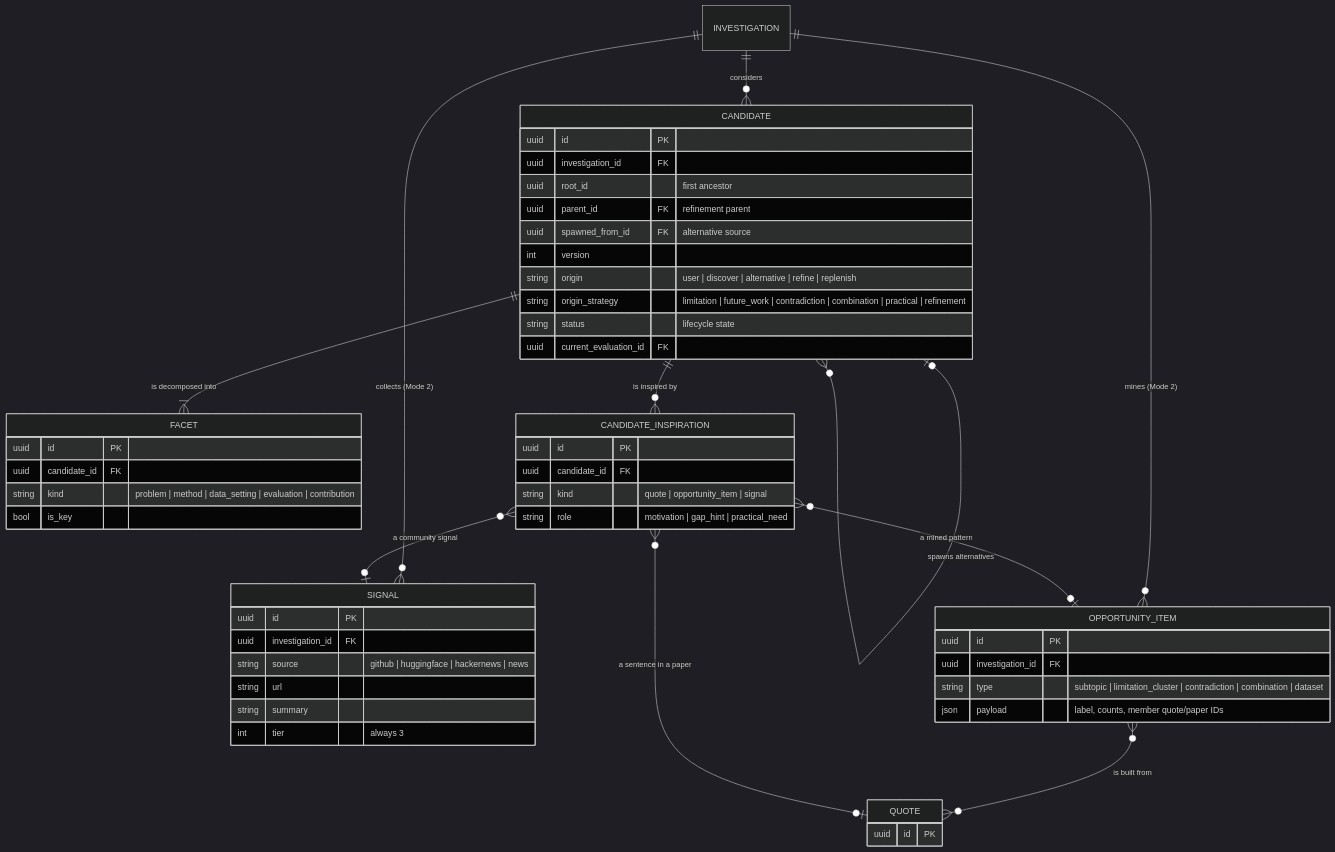
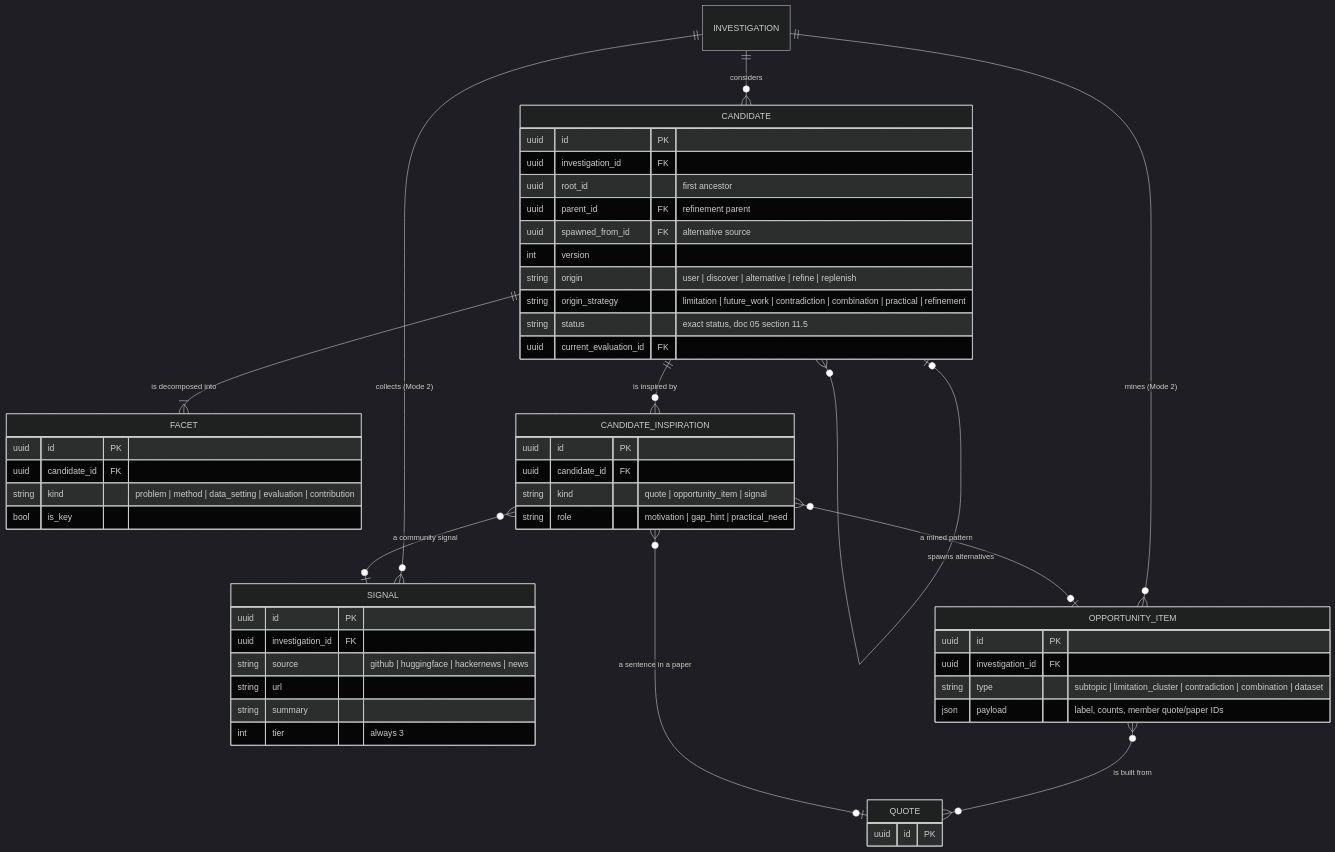
The fifth of 7 diagrams in docs/er-model.md (PhkhakadzeJumber/research-ai-agent), drawn with Mermaid (dark theme) before and after one commit. The commit also changed other lines of this file and 2 other files, not shown here.

Commit message:
Add formal state graph for the orchestrator, evaluations and candidates

````diff
--- a/docs/er-model.md
+++ b/docs/er-model.md
@@ -347,56 +347,56 @@
 ```mermaid
 erDiagram
   INVESTIGATION ||--o{ SIGNAL : "collects (Mode 2)"
   INVESTIGATION ||--o{ OPPORTUNITY_ITEM : "mines (Mode 2)"
   OPPORTUNITY_ITEM }o--o{ QUOTE : "is built from"
   INVESTIGATION ||--o{ CANDIDATE : "considers"
   CANDIDATE |o--o{ CANDIDATE : "is refined into"
   CANDIDATE |o--o{ CANDIDATE : "spawns alternatives"
   CANDIDATE ||--|{ FACET : "is decomposed into"
   CANDIDATE ||--o{ CANDIDATE_INSPIRATION : "is inspired by"
   CANDIDATE_INSPIRATION }o--o| QUOTE : "a sentence in a paper"
   CANDIDATE_INSPIRATION }o--o| OPPORTUNITY_ITEM : "a mined pattern"
   CANDIDATE_INSPIRATION }o--o| SIGNAL : "a community signal"
 
   SIGNAL {
     uuid id PK
     uuid investigation_id FK
     string source "github | huggingface | hackernews | news"
     string url
     string summary
     int tier "always 3"
   }
   OPPORTUNITY_ITEM {
     uuid id PK
     uuid investigation_id FK
     string type "subtopic | limitation_cluster | contradiction | combination | dataset"
     json payload "label, counts, member quote/paper IDs"
   }
   CANDIDATE {
     uuid id PK
     uuid investigation_id FK
     uuid root_id "first ancestor"
     uuid parent_id FK "refinement parent"
     uuid spawned_from_id FK "alternative source"
     int version
     string origin "user | discover | alternative | refine | replenish"
     string origin_strategy "limitation | future_work | contradiction | combination | practical | refinement"
-    string status "lifecycle state"
+    string status "exact status, doc 05 section 11.5"
     uuid current_evaluation_id FK
   }
   FACET {
     uuid id PK
     uuid candidate_id FK
     string kind "problem | method | data_setting | evaluation | contribution"
     bool is_key
   }
   CANDIDATE_INSPIRATION {
     uuid id PK
     uuid candidate_id FK
     string kind "quote | opportunity_item | signal"
     string role "motivation | gap_hint | practical_need"
   }
   QUOTE {
     uuid id PK
   }
 ```
````
